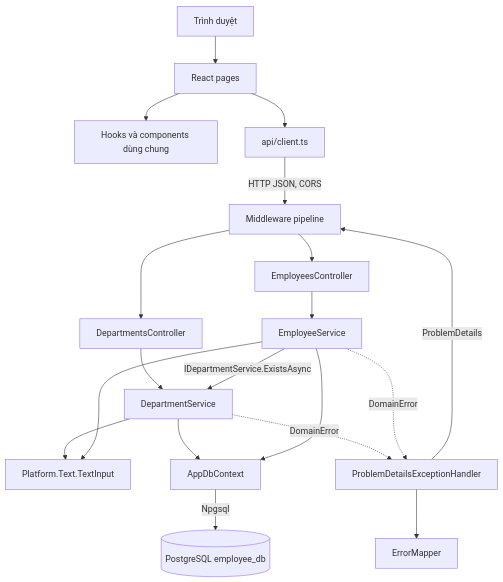
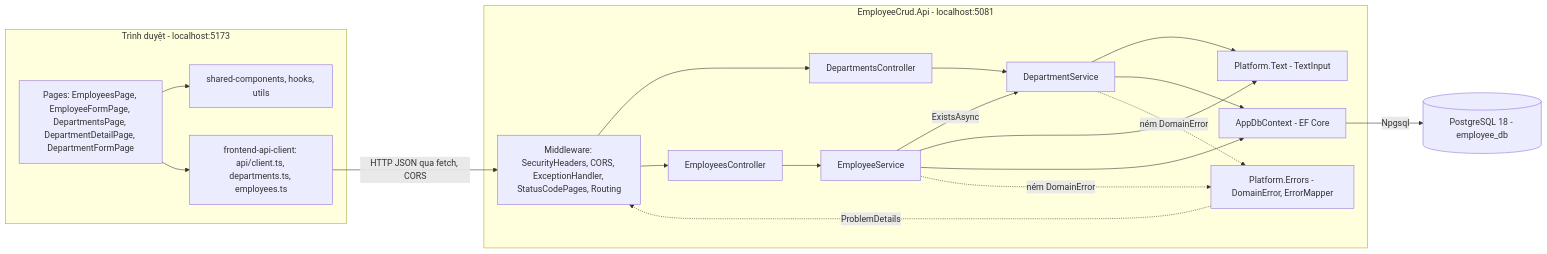
One commit to Minnhiep/employee-crud changed the first of 5 diagrams in aidlc/spaces/default/codekb/employee-crud/architecture.md. Above: the diagram before and after it, drawn with Mermaid. The commit also changed other lines of this file and 27 other files, not shown here.

````diff
--- a/aidlc/spaces/default/codekb/employee-crud/architecture.md
+++ b/aidlc/spaces/default/codekb/employee-crud/architecture.md
@@ -15,21 +21,35 @@
 ```mermaid
-flowchart TD
-    Browser["Trình duyệt"] --> Pages["React pages"]
-    Pages --> Hooks["Hooks và components dùng chung"]
-    Pages --> ApiClient["api/client.ts"]
-    ApiClient -->|"HTTP JSON, CORS"| Pipeline["Middleware pipeline"]
-    Pipeline --> DeptCtrl["DepartmentsController"]
-    Pipeline --> EmpCtrl["EmployeesController"]
-    DeptCtrl --> DeptSvc["DepartmentService"]
-    EmpCtrl --> EmpSvc["EmployeeService"]
-    EmpSvc -->|"IDepartmentService.ExistsAsync"| DeptSvc
-    DeptSvc --> TextInput["Platform.Text.TextInput"]
-    EmpSvc --> TextInput
-    DeptSvc --> Db["AppDbContext"]
-    EmpSvc --> Db
-    Db -->|"Npgsql"| Pg[("PostgreSQL employee_db")]
-    DeptSvc -. "DomainError" .-> Handler["ProblemDetailsExceptionHandler"]
-    EmpSvc -. "DomainError" .-> Handler
-    Handler --> Mapper["ErrorMapper"]
-    Handler -->|"ProblemDetails"| Pipeline
+flowchart LR
+  subgraph Browser["Trình duyệt - localhost:5173"]
+    Pages["Pages: EmployeesPage, EmployeeFormPage, DepartmentsPage, DepartmentDetailPage, DepartmentFormPage"]
+    Shared["shared-components, hooks, utils"]
+    Client["frontend-api-client: api/client.ts, departments.ts, employees.ts"]
+  end
+  subgraph Api["EmployeeCrud.Api - localhost:5081"]
+    MW["Middleware: SecurityHeaders, CORS, ExceptionHandler, StatusCodePages, Routing"]
+    DC["DepartmentsController"]
+    EC["EmployeesController"]
+    DS["DepartmentService"]
+    ES["EmployeeService"]
+    TI["Platform.Text - TextInput"]
+    ERR["Platform.Errors - DomainError, ErrorMapper"]
+    CTX["AppDbContext - EF Core"]
+  end
+  PG[("PostgreSQL 18 - employee_db")]
+  Pages --> Shared
+  Pages --> Client
+  Client -- "HTTP JSON qua fetch, CORS" --> MW
+  MW --> DC
+  MW --> EC
+  DC --> DS
+  EC --> ES
+  ES -- "ExistsAsync" --> DS
+  DS --> TI
+  ES --> TI
+  DS --> CTX
+  ES --> CTX
+  DS -. "ném DomainError" .-> ERR
+  ES -. "ném DomainError" .-> ERR
+  ERR -. "ProblemDetails" .-> MW
+  CTX -- "Npgsql" --> PG
 ```
````
